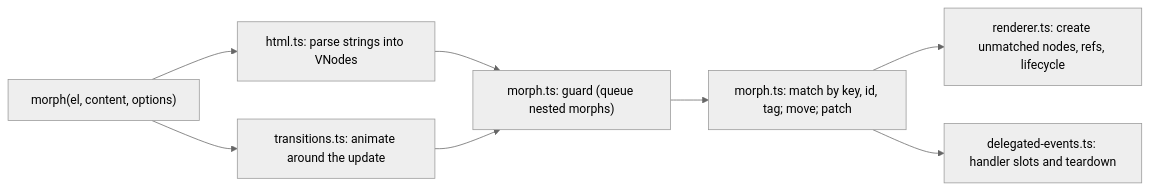
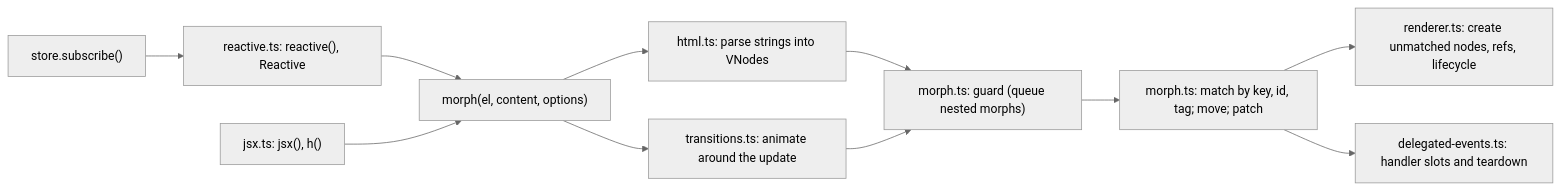
One commit to kyr0/defuss-morph changed the diagram in ARCH.md. Above: the diagram before and after it, drawn with Mermaid (neutral theme). The commit also changed other lines of this file and 97 other files, not shown here.

````diff
--- a/ARCH.md
+++ b/ARCH.md
@@ -21,10 +33,13 @@
 ```mermaid
 flowchart LR
   input["morph(el, content, options)"] --> parse["html.ts: parse strings into VNodes"]
   parse --> guard["morph.ts: guard (queue nested morphs)"]
   guard --> reconcile["morph.ts: match by key, id, tag; move; patch"]
   reconcile --> create["renderer.ts: create unmatched nodes, refs, lifecycle"]
   reconcile --> events["delegated-events.ts: handler slots and teardown"]
   input --> transition["transitions.ts: animate around the update"]
   transition --> guard
+  store["store.subscribe()"] --> reactive["reactive.ts: reactive(), Reactive"]
+  reactive --> input
+  jsx["jsx.ts: jsx(), h()"] --> input
 ```
````
